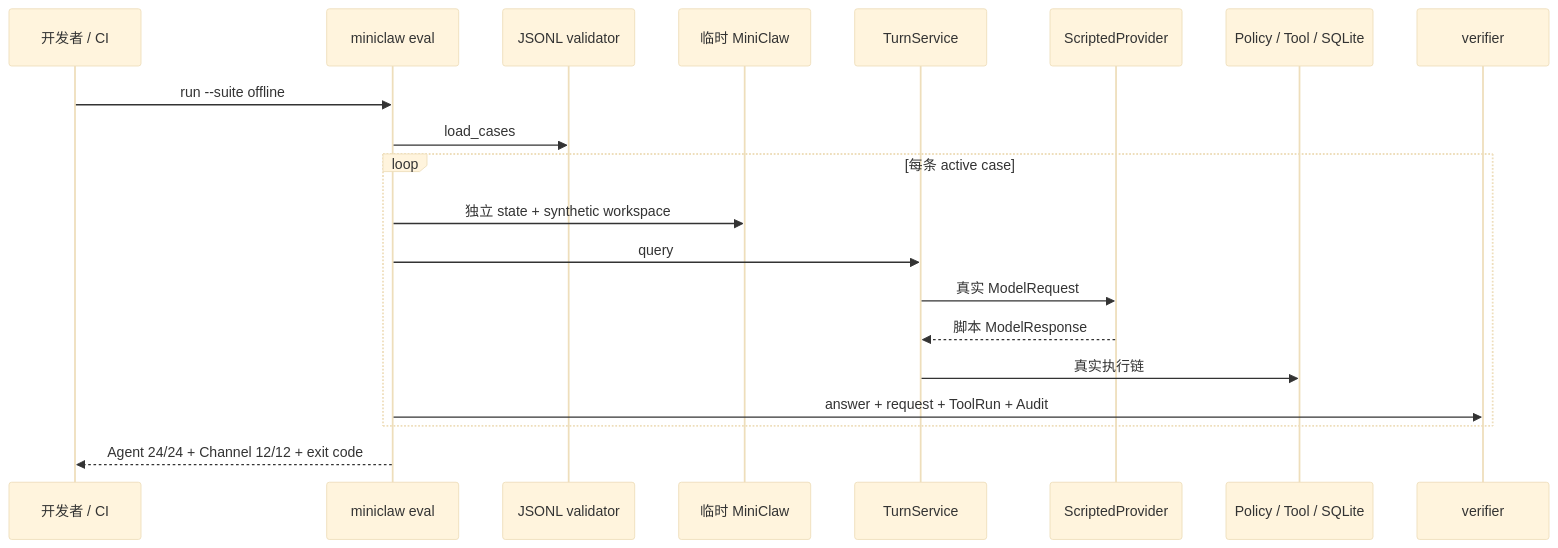
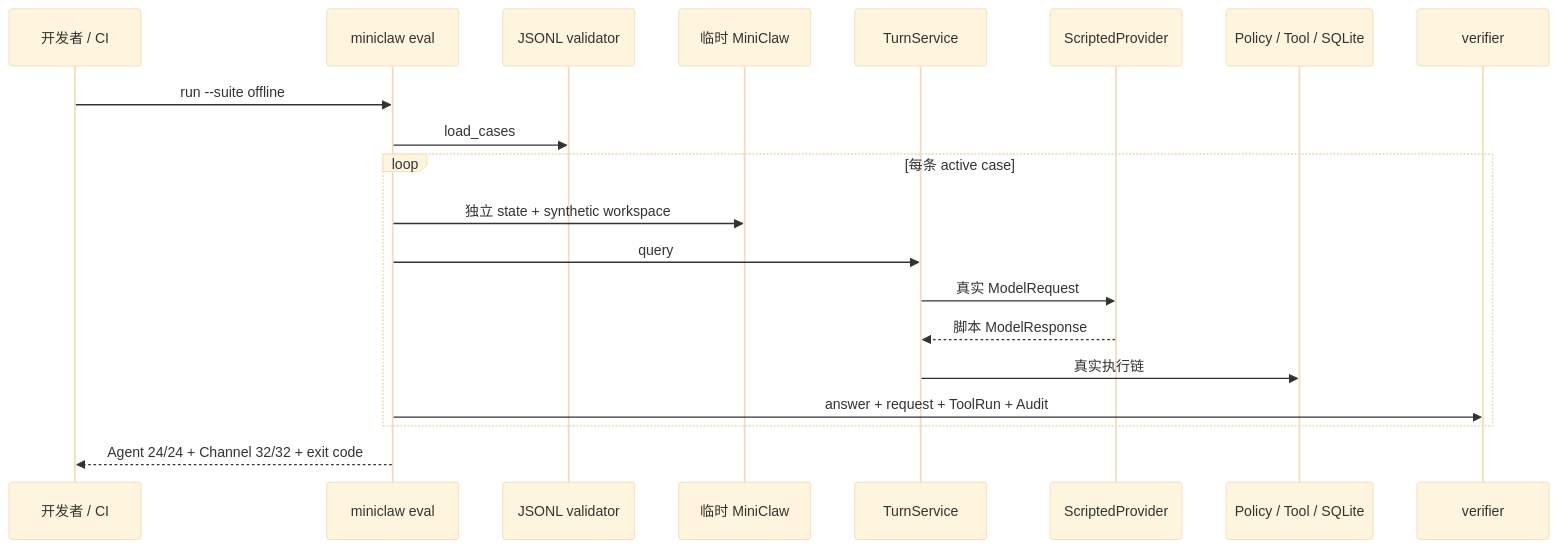
Before and after one commit to NEDONION/lobster0: the tenth of 11 diagrams in docs/architecture/20260807_系统架构.md, drawn with Mermaid (base theme). The commit also changed other lines of this file and 16 other files, not shown here.

````diff
--- a/docs/architecture/20260807_系统架构.md
+++ b/docs/architecture/20260807_系统架构.md
@@ -289,23 +289,23 @@
 ```mermaid
 sequenceDiagram
     participant Dev as 开发者 / CI
     participant CLI as miniclaw eval
     participant Loader as JSONL validator
     participant Temp as 临时 MiniClaw
     participant Turn as TurnService
     participant Fake as ScriptedProvider
     participant Tool as Policy / Tool / SQLite
     participant Verify as verifier
 
     Dev->>CLI: run --suite offline
     CLI->>Loader: load_cases
     loop 每条 active case
         CLI->>Temp: 独立 state + synthetic workspace
         CLI->>Turn: query
         Turn->>Fake: 真实 ModelRequest
         Fake-->>Turn: 脚本 ModelResponse
         Turn->>Tool: 真实执行链
         CLI->>Verify: answer + request + ToolRun + Audit
     end
-    CLI-->>Dev: Agent 24/24 + Channel 12/12 + exit code
+    CLI-->>Dev: Agent 24/24 + Channel 32/32 + exit code
 ```
````
